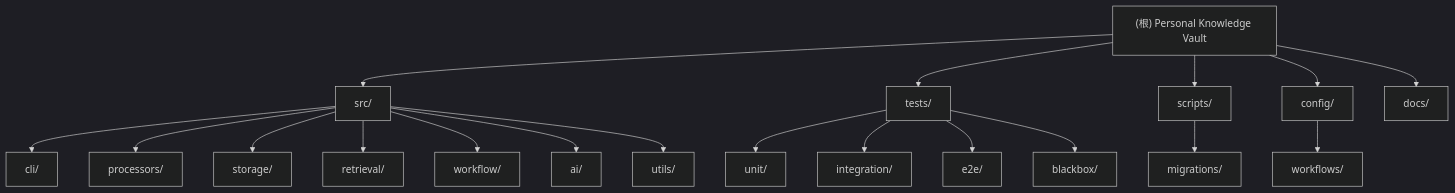
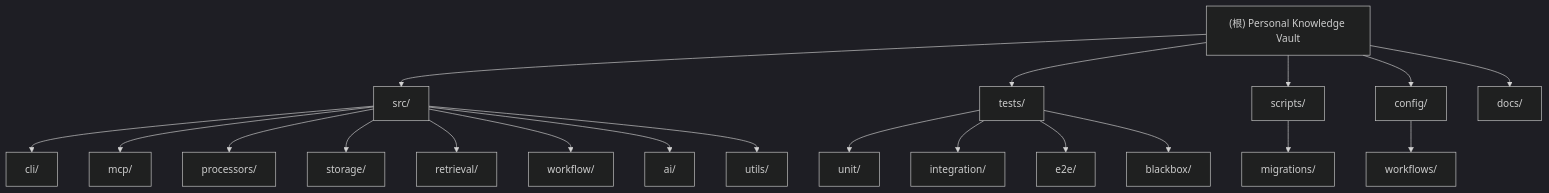
Before and after one commit to OceanEyeFF/personal-knowledge-vault: the diagram in CLAUDE.md, drawn with Mermaid (dark theme). The commit also changed other lines of this file and 6 other files, not shown here.

````diff
--- a/CLAUDE.md
+++ b/CLAUDE.md
@@ -100,38 +117,40 @@
 ```mermaid
 graph TD
     ROOT["(根) Personal Knowledge Vault"]
 
     ROOT --> SRC["src/"]
     SRC --> CLI["cli/"]
+    SRC --> MCP["mcp/"]
     SRC --> PROCESSORS["processors/"]
     SRC --> STORAGE["storage/"]
     SRC --> RETRIEVAL["retrieval/"]
     SRC --> WORKFLOW["workflow/"]
     SRC --> AI["ai/"]
     SRC --> UTILS["utils/"]
 
     ROOT --> TESTS["tests/"]
     TESTS --> UNIT["unit/"]
     TESTS --> INTEGRATION["integration/"]
     TESTS --> E2E["e2e/"]
     TESTS --> BLACKBOX["blackbox/"]
 
     ROOT --> SCRIPTS["scripts/"]
     SCRIPTS --> MIGRATIONS["migrations/"]
 
     ROOT --> CONFIG["config/"]
     CONFIG --> WORKFLOWS["workflows/"]
 
     ROOT --> DOCS["docs/"]
 
     click CLI "./src/cli/CLAUDE.md" "查看 CLI 模块文档"
+    click MCP "./src/mcp/CLAUDE.md" "查看 MCP 服务模块文档"
     click PROCESSORS "./src/processors/CLAUDE.md" "查看 Processors 模块文档"
     click STORAGE "./src/storage/CLAUDE.md" "查看 Storage 模块文档"
     click RETRIEVAL "./src/retrieval/CLAUDE.md" "查看 Retrieval 模块文档"
     click WORKFLOW "./src/workflow/CLAUDE.md" "查看 Workflow 模块文档"
     click AI "./src/ai/CLAUDE.md" "查看 AI Services 模块文档"
     click UTILS "./src/utils/CLAUDE.md" "查看 Utils 模块文档"
     click TESTS "./tests/CLAUDE.md" "查看 Tests 模块文档"
     click SCRIPTS "./scripts/CLAUDE.md" "查看 Scripts 模块文档"
     click CONFIG "./config/CLAUDE.md" "查看 Config 模块文档"
 ```
````
